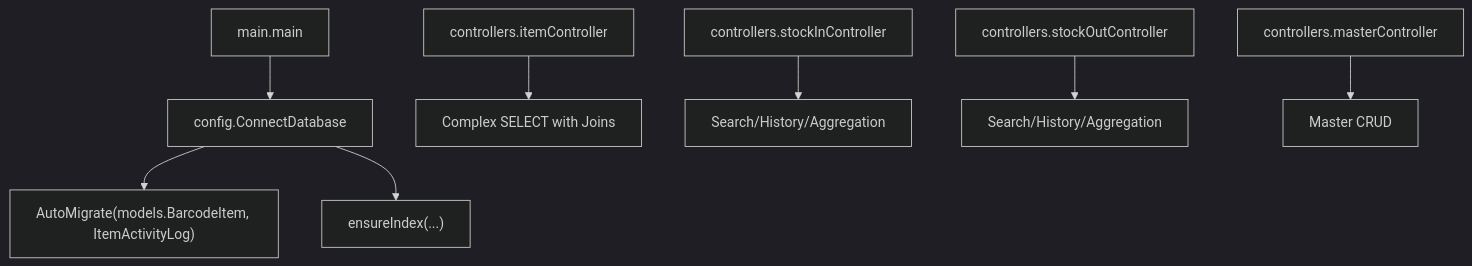
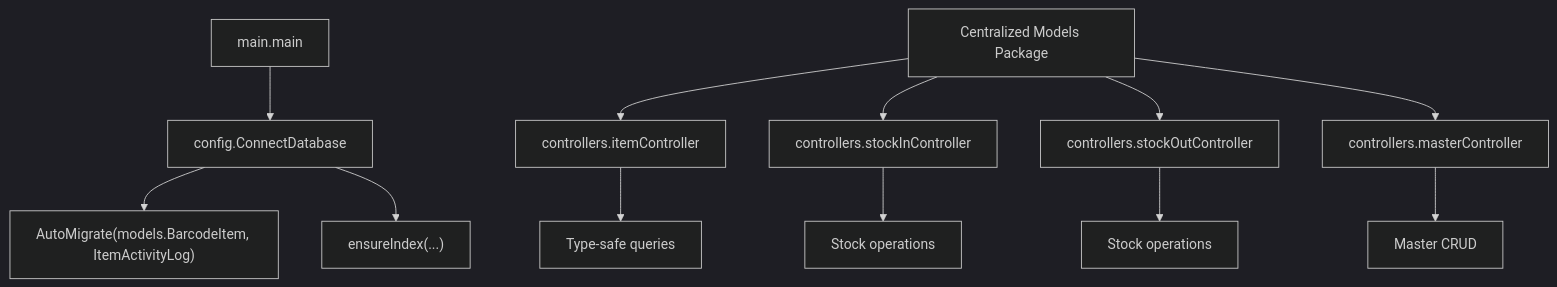
Before and after one commit to haidarqawama/PPA-klinik-amc: the second of 10 diagrams in .qoder/repowiki/en/content/Backend Architecture/Data Models & ORM Mapping.md, drawn with Mermaid (dark theme). The commit also changed other lines of this file and 58 other files, not shown here.

````diff
--- a/.qoder/repowiki/en/content/Backend Architecture/Data Models & ORM Mapping.md
+++ b/.qoder/repowiki/en/content/Backend Architecture/Data Models & ORM Mapping.md
@@ -169,10 +173,14 @@
 ```mermaid
 graph TB
 APP["main.main"] --> DB["config.ConnectDatabase"]
 DB --> GMIG["AutoMigrate(models.BarcodeItem, ItemActivityLog)"]
 DB --> IDX["ensureIndex(...)"]
-CTRL_ITEM["controllers.itemController"] --> QRY_ITEM["Complex SELECT with Joins"]
-CTRL_STOCKIN["controllers.stockInController"] --> QRY_STOCKIN["Search/History/Aggregation"]
-CTRL_STOCKOUT["controllers.stockOutController"] --> QRY_STOCKOUT["Search/History/Aggregation"]
+CTRL_ITEM["controllers.itemController"] --> QRY_ITEM["Type-safe queries"]
+CTRL_STOCKIN["controllers.stockInController"] --> QRY_STOCKIN["Stock operations"]
+CTRL_STOCKOUT["controllers.stockOutController"] --> QRY_STOCKOUT["Stock operations"]
 CTRL_MASTER["controllers.masterController"] --> QRY_MASTER["Master CRUD"]
+MODELS["Centralized Models Package"] --> CTRL_ITEM
+MODELS --> CTRL_STOCKIN
+MODELS --> CTRL_STOCKOUT
+MODELS --> CTRL_MASTER
 ```
````
